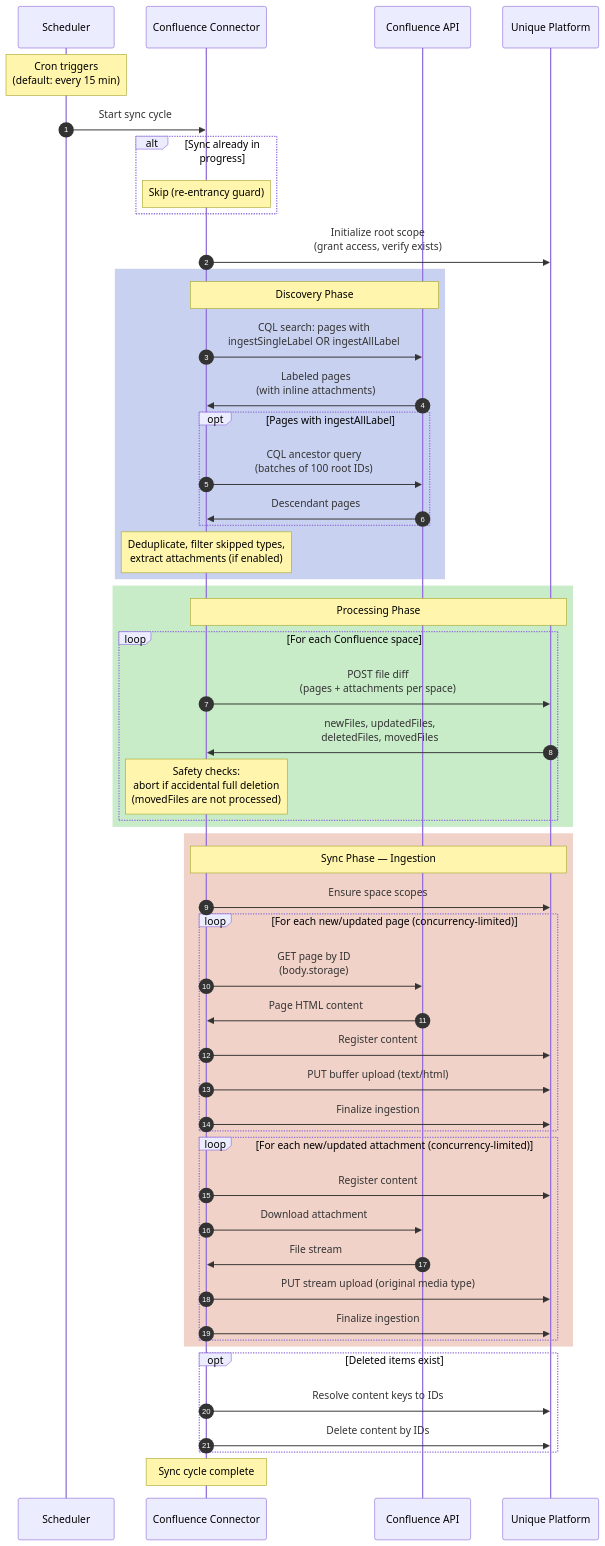
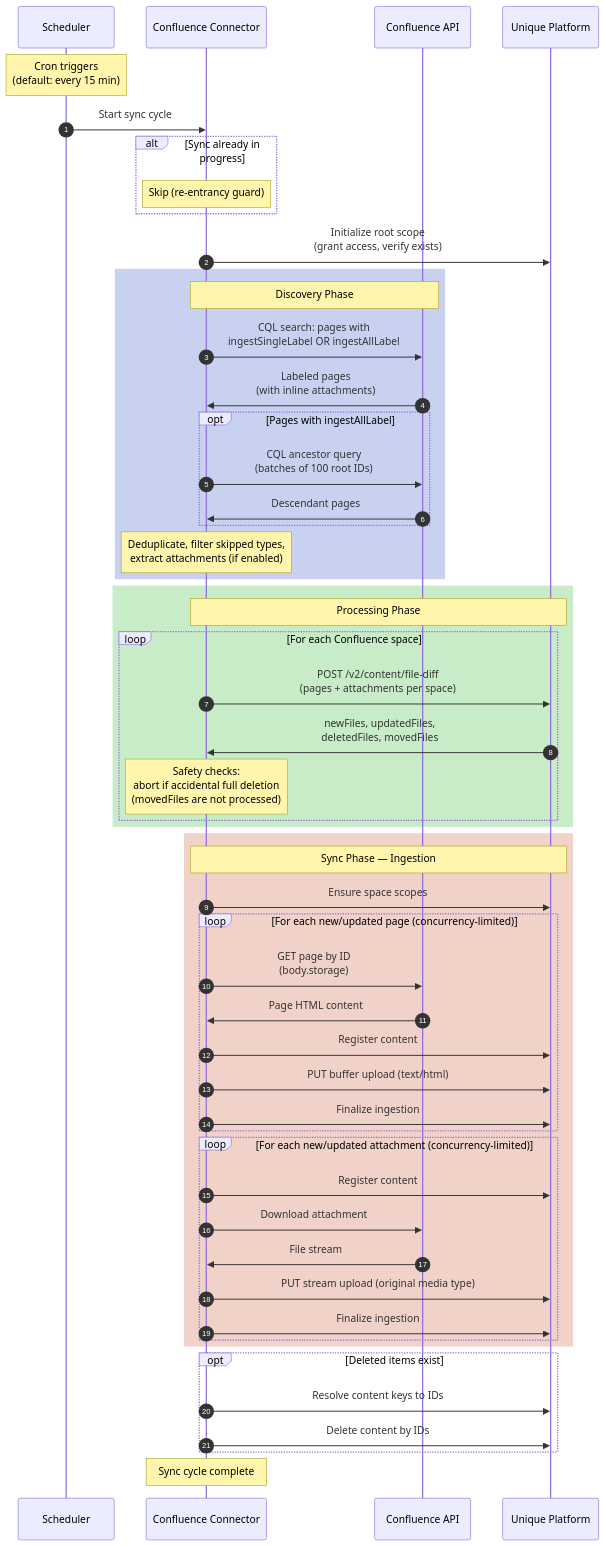
The second of 6 diagrams in services/confluence-connector/docs/technical/flows.md (Unique-AG/connectors), drawn with Mermaid before and after one commit. The commit also changed other lines of this file, not shown here.

First line of the commit message:
fix: broken link, missing endpoint, and stale reference in flows.md

````diff
--- a/services/confluence-connector/docs/technical/flows.md
+++ b/services/confluence-connector/docs/technical/flows.md
@@ -62,67 +62,67 @@
 ```mermaid
 sequenceDiagram
     autonumber
     participant Scheduler
     participant Connector as Confluence Connector
     participant Confluence as Confluence API
     participant Unique as Unique Platform
 
     Note over Scheduler: Cron triggers<br/>(default: every 15 min)
     Scheduler->>Connector: Start sync cycle
 
     alt Sync already in progress
         Note over Connector: Skip (re-entrancy guard)
     end
 
     Connector->>Unique: Initialize root scope<br/>(grant access, verify exists)
 
     rect rgb(200, 210, 240)
         Note over Connector,Confluence: Discovery Phase
         Connector->>Confluence: CQL search: pages with<br/>ingestSingleLabel OR ingestAllLabel
         Confluence->>Connector: Labeled pages<br/>(with inline attachments)
 
         opt Pages with ingestAllLabel
             Connector->>Confluence: CQL ancestor query<br/>(batches of 100 root IDs)
             Confluence->>Connector: Descendant pages
         end
 
         Note over Connector: Deduplicate, filter skipped types,<br/>extract attachments (if enabled)
     end
 
     rect rgb(200, 235, 200)
         Note over Connector,Unique: Processing Phase
         loop For each Confluence space
-            Connector->>Unique: POST file diff<br/>(pages + attachments per space)
+            Connector->>Unique: POST /v2/content/file-diff<br/>(pages + attachments per space)
             Unique->>Connector: newFiles, updatedFiles,<br/>deletedFiles, movedFiles
             Note over Connector: Safety checks:<br/>abort if accidental full deletion<br/>(movedFiles are not processed)
         end
     end
 
     rect rgb(240, 210, 200)
         Note over Connector,Unique: Sync Phase — Ingestion
         Connector->>Unique: Ensure space scopes
 
         loop For each new/updated page (concurrency-limited)
             Connector->>Confluence: GET page by ID<br/>(body.storage)
             Confluence->>Connector: Page HTML content
             Connector->>Unique: Register content
             Connector->>Unique: PUT buffer upload (text/html)
             Connector->>Unique: Finalize ingestion
         end
 
         loop For each new/updated attachment (concurrency-limited)
             Connector->>Unique: Register content
             Connector->>Confluence: Download attachment
             Confluence->>Connector: File stream
             Connector->>Unique: PUT stream upload (original media type)
             Connector->>Unique: Finalize ingestion
         end
     end
 
     opt Deleted items exist
         Connector->>Unique: Resolve content keys to IDs
         Connector->>Unique: Delete content by IDs
     end
 
     Note over Connector: Sync cycle complete
 ```
````
